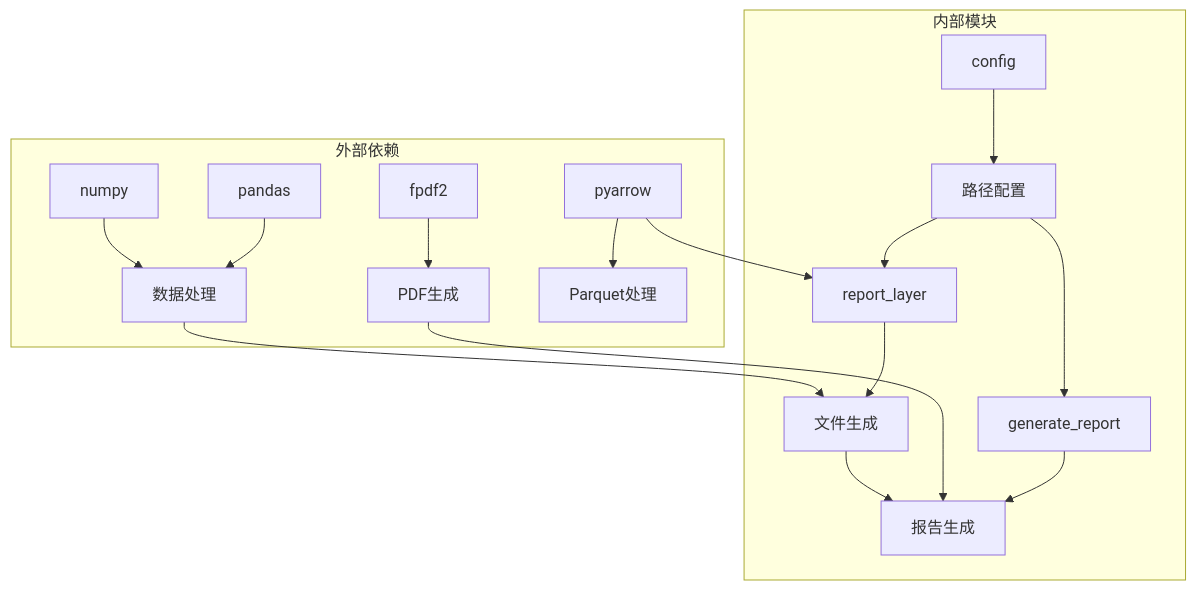
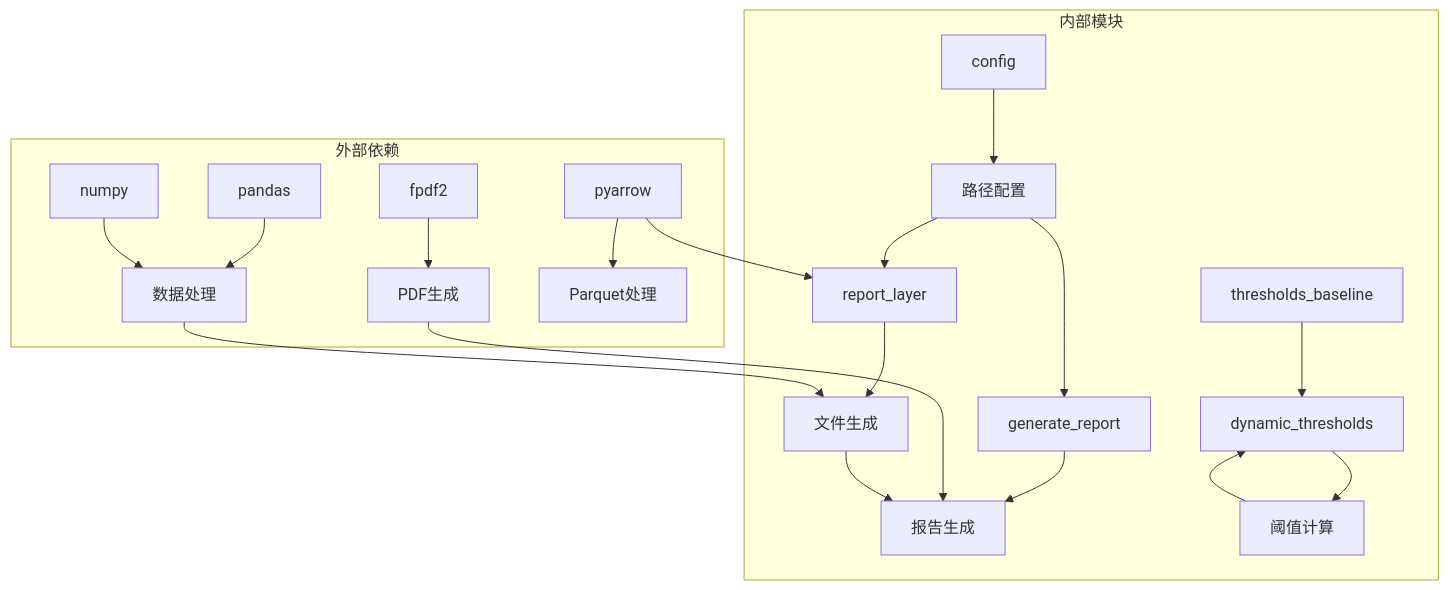
One commit to cr71111/User_characteristics_repo changed the sixth of 6 diagrams in .qoder/repowiki/zh/content/报告系统.md. Above: the diagram before and after it, drawn with Mermaid. The commit also changed other lines of this file and 158 other files, not shown here.

````diff
--- a/.qoder/repowiki/zh/content/报告系统.md
+++ b/.qoder/repowiki/zh/content/报告系统.md
@@ -277,20 +301,23 @@
 ```mermaid
 graph TB
 subgraph "外部依赖"
 A[pandas] --> D[数据处理]
 B[numpy] --> D
 C[fpdf2] --> E[PDF生成]
 F[pyarrow] --> G[Parquet处理]
 end
 subgraph "内部模块"
 H[config] --> I[路径配置]
 J[report_layer] --> K[文件生成]
 L[generate_report] --> M[报告生成]
+N[dynamic_thresholds] --> O[阈值计算]
+P[thresholds_baseline] --> N
 end
 D --> K
 E --> M
 F --> J
 I --> J
 I --> L
 K --> M
+O --> N
 ```
````
